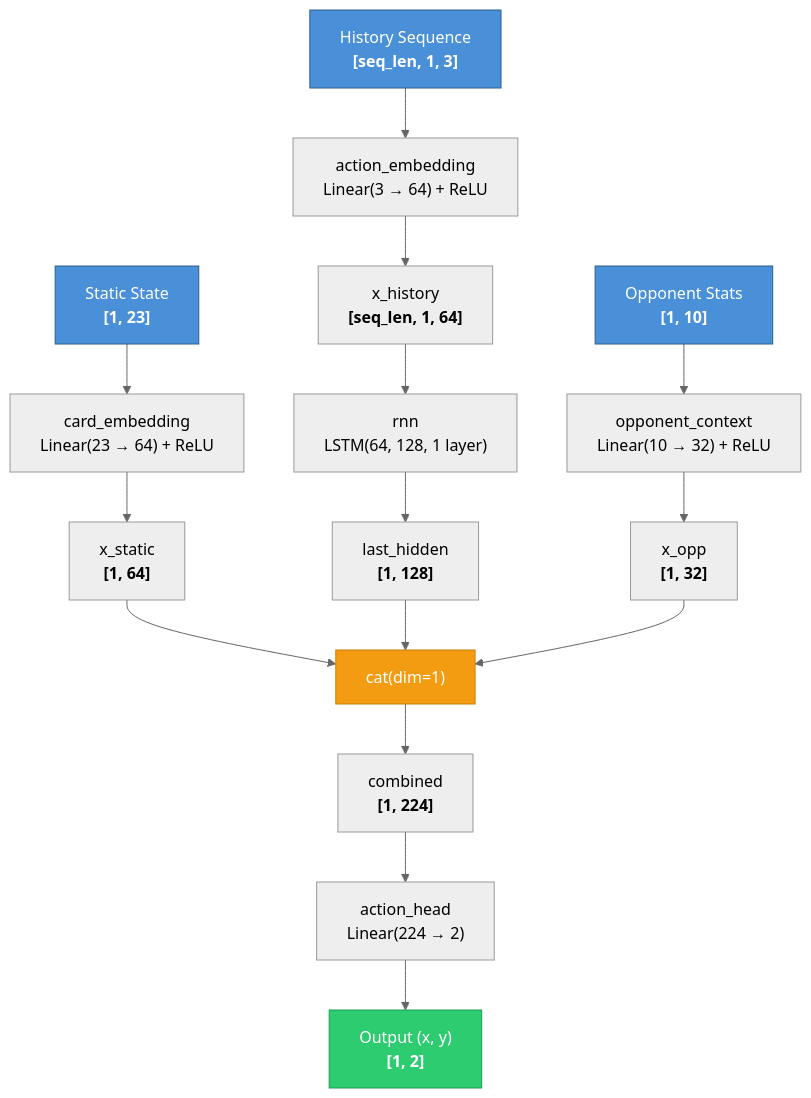
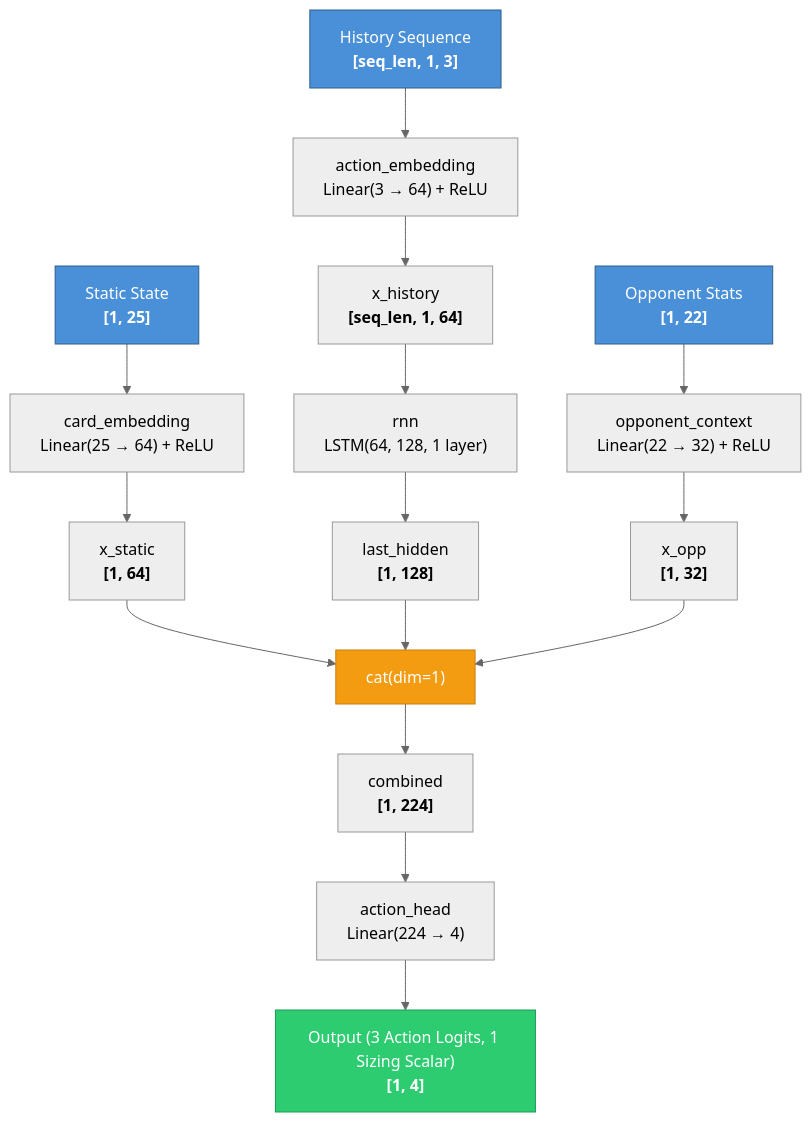
One commit to pingusdelingus/poker_research changed the diagram in MODEL_CARD.md. Above: the diagram before and after it, drawn with Mermaid (neutral theme). The commit also changed other lines of this file and 9 other files, not shown here.

````diff
--- a/MODEL_CARD.md
+++ b/MODEL_CARD.md
@@ -56,38 +54,38 @@
 ```mermaid
 graph TD
     %% Inputs
-    S["Static State<br/><b>[1, 23]</b>"]
+    S["Static State<br/><b>[1, 25]</b>"]
     H["History Sequence<br/><b>[seq_len, 1, 3]</b>"]
-    O["Opponent Stats<br/><b>[1, 10]</b>"]
+    O["Opponent Stats<br/><b>[1, 22]</b>"]
 
     %% Static branch
-    S --> CE["card_embedding<br/>Linear(23 → 64) + ReLU"]
+    S --> CE["card_embedding<br/>Linear(25 → 64) + ReLU"]
     CE --> XS["x_static<br/><b>[1, 64]</b>"]
 
     %% History branch
     H --> AE["action_embedding<br/>Linear(3 → 64) + ReLU"]
     AE --> XH["x_history<br/><b>[seq_len, 1, 64]</b>"]
     XH --> LSTM["rnn<br/>LSTM(64, 128, 1 layer)"]
     LSTM --> LH["last_hidden<br/><b>[1, 128]</b>"]
 
     %% Opponent branch
-    O --> OC["opponent_context<br/>Linear(10 → 32) + ReLU"]
+    O --> OC["opponent_context<br/>Linear(22 → 32) + ReLU"]
     OC --> XO["x_opp<br/><b>[1, 32]</b>"]
 
     %% Concatenation
     XS --> CAT["cat(dim=1)"]
     LH --> CAT
     XO --> CAT
     CAT --> COMB["combined<br/><b>[1, 224]</b>"]
 
     %% Output
-    COMB --> AH["action_head<br/>Linear(224 → 2)"]
-    AH --> OUT["Output (x, y)<br/><b>[1, 2]</b>"]
+    COMB --> AH["action_head<br/>Linear(224 → 4)"]
+    AH --> OUT["Output (3 Action Logits, 1 Sizing Scalar)<br/><b>[1, 4]</b>"]
 
     %% Styling
     style S fill:#4a90d9,stroke:#2c5f8a,color:#fff
     style H fill:#4a90d9,stroke:#2c5f8a,color:#fff
     style O fill:#4a90d9,stroke:#2c5f8a,color:#fff
     style OUT fill:#2ecc71,stroke:#1a9c54,color:#fff
     style CAT fill:#f39c12,stroke:#c87f0a,color:#fff
 ```
````
